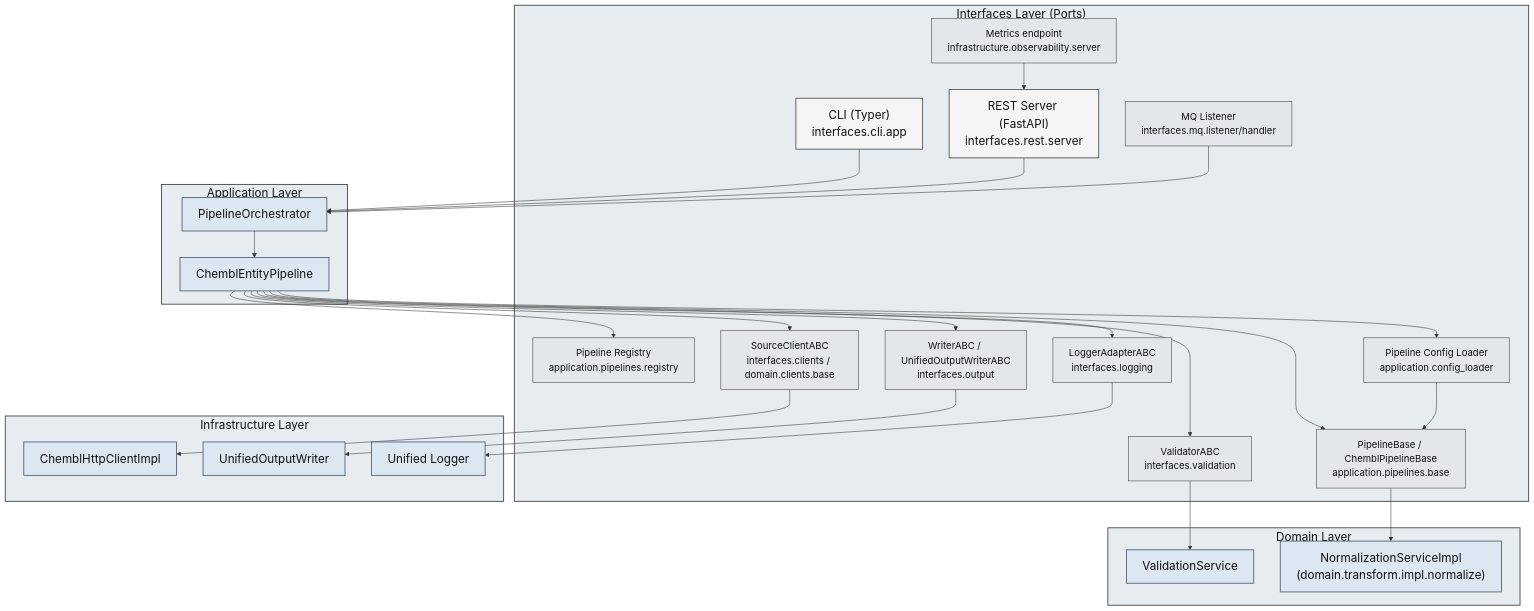
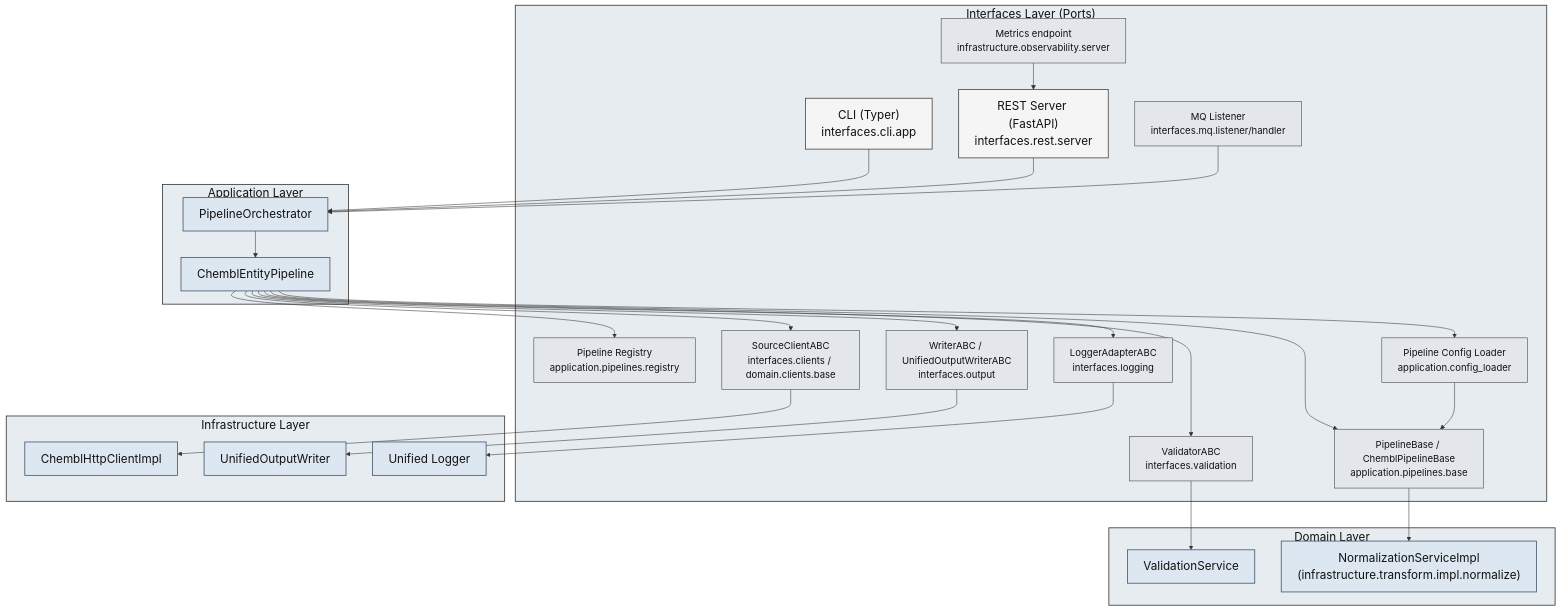
Before and after one commit to SatoryKono/BioactivityDataAcquisition: the diagram in docs/architecture/diagrams/component/04-interfaces-components.mmd, drawn with Mermaid. The commit also changed 29 other files, not shown here.

Commit message:
Refactor normalization implementations to infrastructure layer

```diff
--- a/docs/architecture/diagrams/component/04-interfaces-components.mmd
+++ b/docs/architecture/diagrams/component/04-interfaces-components.mmd
@@ -1,63 +1,63 @@
 ---
 id: 6c47be5a-03c8-4c4b-9294-6d7b1f6c2b4c
 ---
 flowchart TB
 
 classDef componentPrimary   fill:#f5f5f5,stroke:#444,stroke-width:1.5px,color:#111,font-size:22px;
 classDef componentSecondary fill:#e3e7ec,stroke:#555,stroke-width:1.2px,color:#111,font-size:18px;
 classDef external           fill:#dde7f2,stroke:#44546a,stroke-width:1.5px,color:#111,font-size:22px;
 classDef group              fill:#e6ecef,stroke:#333,stroke-width:1.5px,color:#111,font-size:22px;
 
 subgraph Interfaces["Interfaces Layer (Ports)"]
     CLI["CLI (Typer)\ninterfaces.cli.app"]:::componentPrimary
     REST["REST Server (FastAPI)\ninterfaces.rest.server"]:::componentPrimary
     MQ["MQ Listener\ninterfaces.mq.listener/handler"]:::componentSecondary
 
     PipelinePorts["PipelineBase / ChemblPipelineBase\napplication.pipelines.base"]:::componentSecondary
     PipelineRegistry["Pipeline Registry\napplication.pipelines.registry"]:::componentSecondary
     ConfigLoader["Pipeline Config Loader\napplication.config_loader"]:::componentSecondary
     ClientPorts["SourceClientABC\ninterfaces.clients / domain.clients.base"]:::componentSecondary
     WriterPorts["WriterABC / UnifiedOutputWriterABC\ninterfaces.output"]:::componentSecondary
     ValidatorPorts["ValidatorABC\ninterfaces.validation"]:::componentSecondary
     LoggerPorts["LoggerAdapterABC\ninterfaces.logging"]:::componentSecondary
     MetricsPort["Metrics endpoint\ninfrastructure.observability.server"]:::componentSecondary
 end
 class Interfaces group;
 
 subgraph Application["Application Layer"]
     Orchestrator["PipelineOrchestrator"]:::external
     Pipelines["ChemblEntityPipeline"]:::external
 end
 class Application group;
 
 subgraph Domain["Domain Layer"]
     Validation["ValidationService"]:::external
-    Normalization["NormalizationServiceImpl\n(domain.transform.impl.normalize)"]:::external
+    Normalization["NormalizationServiceImpl\n(infrastructure.transform.impl.normalize)"]:::external
 end
 class Domain group;
 
 subgraph Infrastructure["Infrastructure Layer"]
     Clients["ChemblHttpClientImpl"]:::external
     Output["UnifiedOutputWriter"]:::external
     Logging["Unified Logger"]:::external
 end
 class Infrastructure group;
 
 CLI --> Orchestrator
 REST --> Orchestrator
 MQ --> Orchestrator
 MetricsPort --> REST
 Orchestrator --> Pipelines
 Pipelines --> PipelinePorts
 Pipelines --> PipelineRegistry
 Pipelines --> ConfigLoader
 Pipelines --> ClientPorts
 Pipelines --> WriterPorts
 Pipelines --> ValidatorPorts
 Pipelines --> LoggerPorts
 ClientPorts --> Clients
 WriterPorts --> Output
 ValidatorPorts --> Validation
 PipelinePorts --> Normalization
 LoggerPorts --> Logging
 ConfigLoader --> PipelinePorts
```
